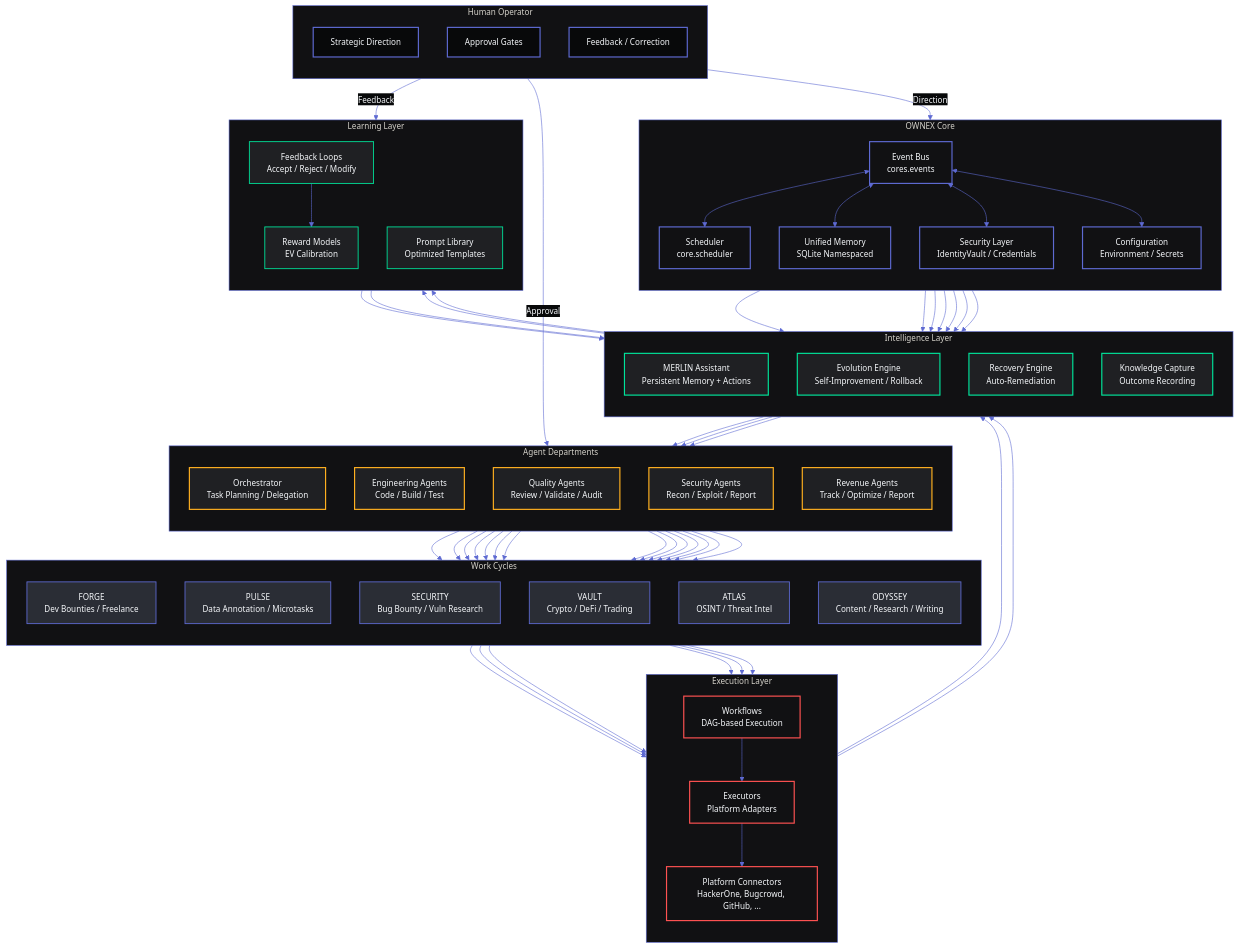
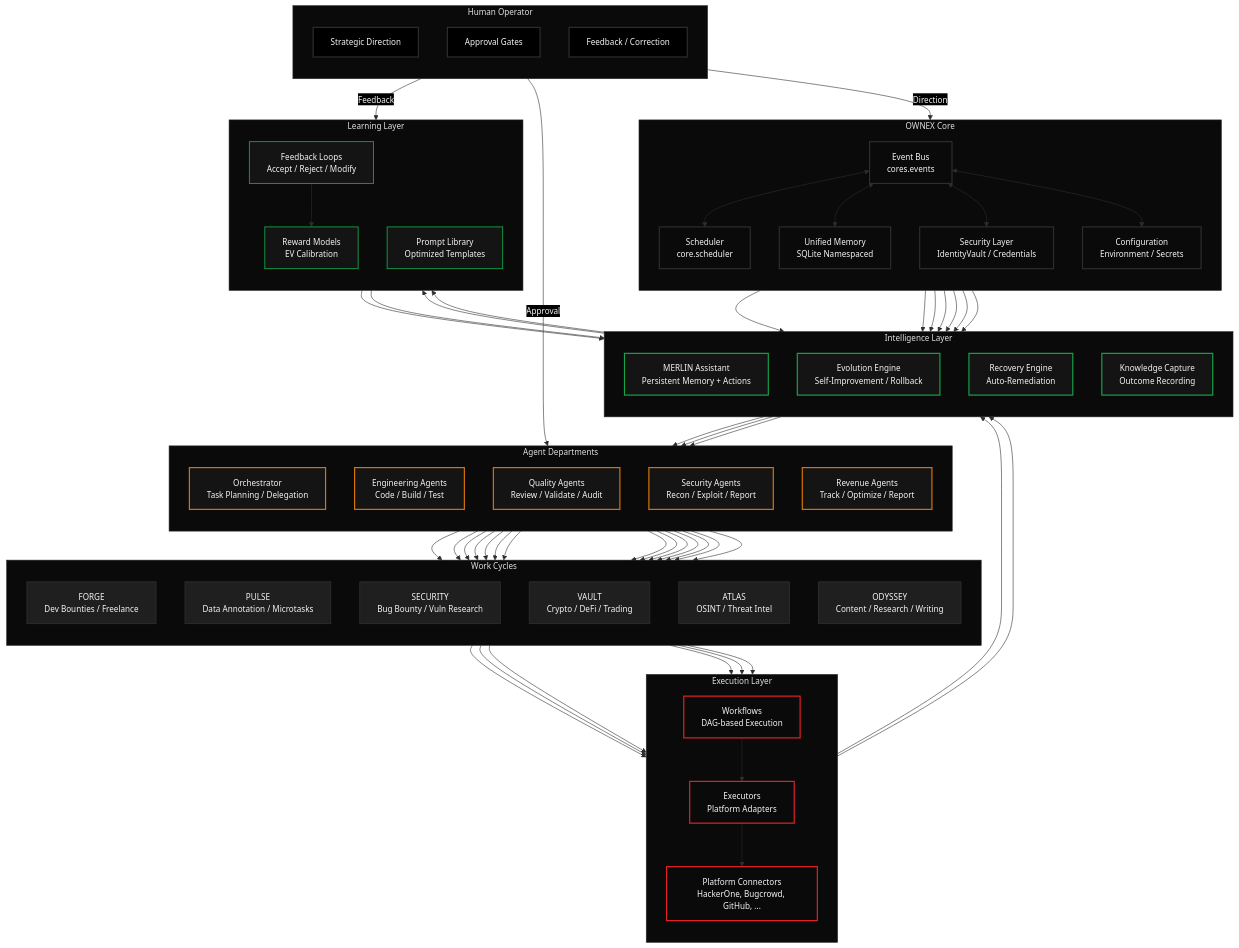
The diagram in assets/diagrams/system-overview.mmd (AdriDob/OWNEX), drawn with Mermaid before and after one commit. The commit also changed 33 other files, not shown here.

```diff
--- a/assets/diagrams/system-overview.mmd
+++ b/assets/diagrams/system-overview.mmd
@@ -1,169 +1,169 @@
 %% OWNEX System Architecture Overview
 %% Rendered in README.md and docs/ARCHITECTURE.md
 
 %%{
   init: {
     'theme': 'base',
     'themeVariables': {
-      'primaryColor': '#111113',
-      'primaryTextColor': '#F6F8FB',
-      'primaryBorderColor': '#5E6AD2',
-      'lineColor': '#5E6AD2',
-      'secondaryColor': '#1F2023',
-      'tertiaryColor': '#2A2D35',
+      'primaryColor': '#0a0a0a',
+      'primaryTextColor': '#f5f5f5',
+      'primaryBorderColor': '#2e2e2e',
+      'lineColor': '#2e2e2e',
+      'secondaryColor': '#141414',
+      'tertiaryColor': '#1f1f1f',
       'background': 'transparent',
       'mainBkg': 'transparent',
       'fontFamily': 'Inter',
       'fontSize': '14px',
-      'edgeLabelBackground': '#08090A',
-      'clusterBkg': '#111113',
-      'clusterBorder': '#5E6AD2'
+      'edgeLabelBackground': '#000000',
+      'clusterBkg': '#0a0a0a',
+      'clusterBorder': '#2e2e2e'
     }
   }
 }%%
 
 graph TB
     %% HUMAN LAYER
     subgraph HUMAN ["Human Operator"]
         direction TB
         H_DIR[Strategic Direction]
         H_APPR[Approval Gates]
         H_FEED[Feedback / Correction]
     end
 
     %% OWNEX CORE
     subgraph CORE ["OWNEX Core"]
         direction TB
         EB[Event Bus<br/>cores.events]
         SC[Scheduler<br/>core.scheduler]
         UM[Unified Memory<br/>SQLite Namespaced]
         SL[Security Layer<br/>IdentityVault / Credentials]
         CFG[Configuration<br/>Environment / Secrets]
     end
 
     %% INTELLIGENCE LAYER
     subgraph INTEL ["Intelligence Layer"]
         direction TB
         MERLIN[MERLIN Assistant<br/>Persistent Memory + Actions]
         EVOL[Evolution Engine<br/>Self-Improvement / Rollback]
         RECOVERY[Recovery Engine<br/>Auto-Remediation]
         KM[Knowledge Capture<br/>Outcome Recording]
     end
 
     %% AGENT DEPARTMENTS
     subgraph DEPTS ["Agent Departments"]
         direction TB
         ORCH[Orchestrator<br/>Task Planning / Delegation]
         ENG[Engineering Agents<br/>Code / Build / Test]
         QUA[Quality Agents<br/>Review / Validate / Audit]
         SEC[Security Agents<br/>Recon / Exploit / Report]
         REV[Revenue Agents<br/>Track / Optimize / Report]
     end
 
     %% WORK CYCLES
     subgraph CYCLES ["Work Cycles"]
         direction TB
         FORGE[FORGE<br/>Dev Bounties / Freelance]
         PULSE[PULSE<br/>Data Annotation / Microtasks]
         SEC_CYCLE[SECURITY<br/>Bug Bounty / Vuln Research]
         VAULT[VAULT<br/>Crypto / DeFi / Trading]
         ATLAS[ATLAS<br/>OSINT / Threat Intel]
         ODYSSEY[ODYSSEY<br/>Content / Research / Writing]
     end
 
     %% EXECUTION LAYER
     subgraph EXEC ["Execution Layer"]
         direction TB
         WF[Workflows<br/>DAG-based Execution]
         EX[Executors<br/>Platform Adapters]
         PC[Platform Connectors<br/>HackerOne, Bugcrowd, GitHub, ...]
     end
 
     %% LEARNING LAYER
     subgraph LEARN ["Learning Layer"]
         direction TB
         FM[Feedback Loops<br/>Accept / Reject / Modify]
         RM[Reward Models<br/>EV Calibration]
         PL[Prompt Library<br/>Optimized Templates]
     end
 
     %% CONNECTIONS - HUMAN TO CORE
     H_DIR -->|Direction| EB
     H_APPR -->|Approval| ORCH
     H_FEED -->|Feedback| FM
 
     %% CONNECTIONS - CORE INTERNAL
     EB <--> SC
     EB <--> UM
     EB <--> SL
     EB <--> CFG
 
     %% CONNECTIONS - CORE TO INTELLIGENCE
     EB --> MERLIN
     EB --> EVOL
     EB --> RECOVERY
     EB --> KM
 
     UM --> MERLIN
     UM --> EVOL
     UM --> KM
 
     %% CONNECTIONS - INTELLIGENCE TO DEPTS
     MERLIN --> ORCH
     EVOL --> ORCH
     RECOVERY --> ORCH
 
     %% CONNECTIONS - DEPTS TO CYCLES
     ORCH --> FORGE
     ORCH --> PULSE
     ORCH --> SEC_CYCLE
     ORCH --> VAULT
     ORCH --> ATLAS
     ORCH --> ODYSSEY
 
     ENG --> FORGE
     ENG --> ODYSSEY
     QUA --> FORGE
     QUA --> PULSE
     SEC --> SEC_CYCLE
     SEC --> ATLAS
     REV --> VAULT
     REV --> FORGE
 
     %% CONNECTIONS - CYCLES TO EXECUTION
     FORGE --> WF
     PULSE --> WF
     SEC_CYCLE --> WF
     VAULT --> WF
     ATLAS --> WF
     ODYSSEY --> WF
 
     WF --> EX
     EX --> PC
 
     %% CONNECTIONS - EXECUTION TO LEARNING
     EX --> KM
     PC --> KM
 
     KM --> FM
     FM --> RM
     RM --> EVOL
     EVOL --> PL
     PL --> MERLIN
 
     %% STYLING
-    classDef human fill:#08090A,stroke:#5E6AD2,stroke-width:2px,color:#F6F8FB
-    classDef core fill:#111113,stroke:#5E6AD2,stroke-width:2px,color:#F6F8FB
-    classDef intel fill:#1F2023,stroke:#00E39A,stroke-width:2px,color:#F6F8FB
-    classDef dept fill:#1F2023,stroke:#FFB020,stroke-width:2px,color:#F6F8FB
-    classDef cycle fill:#2A2D35,stroke:#5E6AD2,stroke-width:1.5px,color:#F6F8FB
-    classDef exec fill:#111113,stroke:#FF5252,stroke-width:2px,color:#F6F8FB
-    classDef learn fill:#1F2023,stroke:#00E39A,stroke-width:1.5px,color:#F6F8FB
+    classDef human fill:#000000,stroke:#2e2e2e,stroke-width:2px,color:#f5f5f5
+    classDef core fill:#0a0a0a,stroke:#2e2e2e,stroke-width:2px,color:#f5f5f5
+    classDef intel fill:#141414,stroke:#16a34a,stroke-width:2px,color:#f5f5f5
+    classDef dept fill:#141414,stroke:#d97706,stroke-width:2px,color:#f5f5f5
+    classDef cycle fill:#1f1f1f,stroke:#2e2e2e,stroke-width:1.5px,color:#f5f5f5
+    classDef exec fill:#0a0a0a,stroke:#e82127,stroke-width:2px,color:#f5f5f5
+    classDef learn fill:#141414,stroke:#16a34a,stroke-width:1.5px,color:#f5f5f5
 
     class H_DIR,H_APPR,H_FEED human
     class EB,SC,UM,SL,CFG core
     class MERLIN,EVOL,RECOVERY,KM intel
     class ORCH,ENG,QUA,SEC,REV dept
     class FORGE,PULSE,SEC_CYCLE,VAULT,ATLAS,ODYSSEY cycle
     class WF,EX,PC exec
     class FM,RM,PL learn
```
